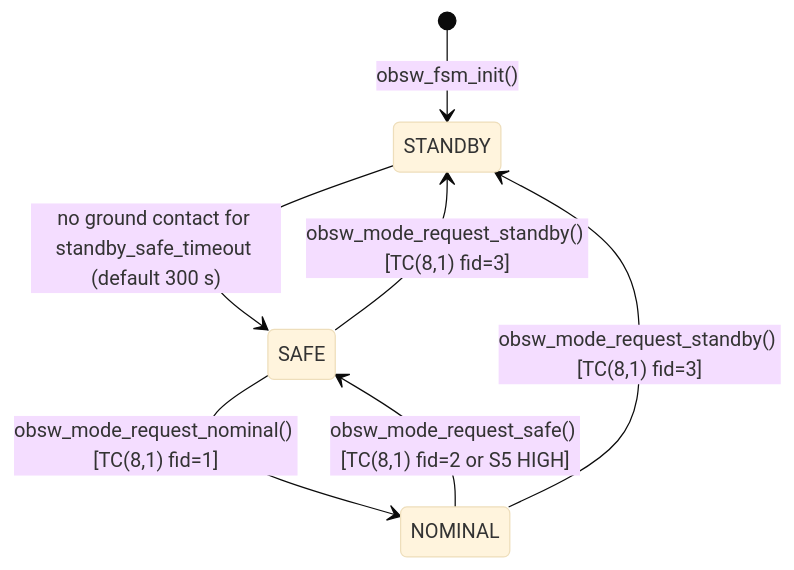
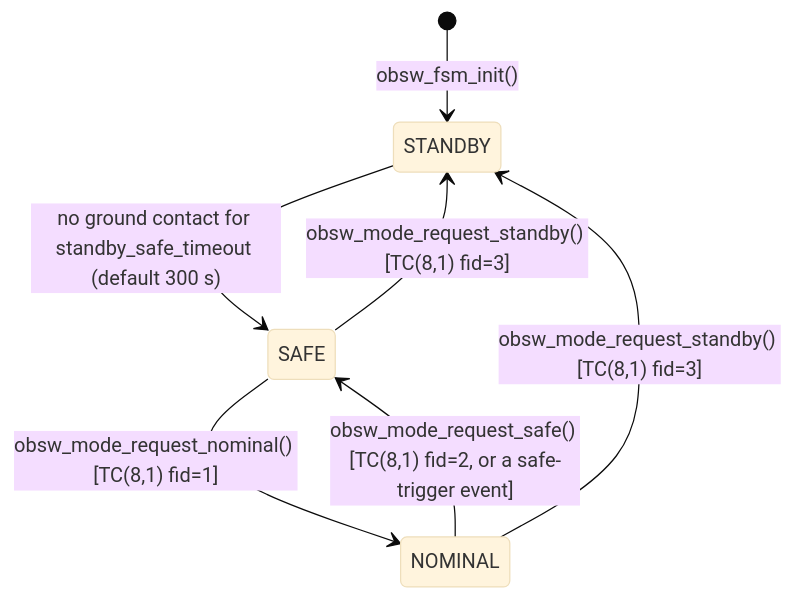
The first of 2 diagrams in docs/architecture.md (lipofefeyt/openobsw), drawn with Mermaid (base theme) before and after one commit. The commit also changed other lines of this file and 4 other files, not shown here.

````diff
--- a/docs/architecture.md
+++ b/docs/architecture.md
@@ -303,9 +238,9 @@
 ```mermaid
 stateDiagram-v2
     [*] --> STANDBY : obsw_fsm_init()
     STANDBY --> SAFE : no ground contact for standby_safe_timeout (default 300 s)
     SAFE --> NOMINAL : obsw_mode_request_nominal() [TC(8,1) fid=1]
-    NOMINAL --> SAFE : obsw_mode_request_safe() [TC(8,1) fid=2 or S5 HIGH]
+    NOMINAL --> SAFE : obsw_mode_request_safe() [TC(8,1) fid=2, or a safe-trigger event]
     SAFE --> STANDBY : obsw_mode_request_standby() [TC(8,1) fid=3]
     NOMINAL --> STANDBY : obsw_mode_request_standby() [TC(8,1) fid=3]
 ```
````
